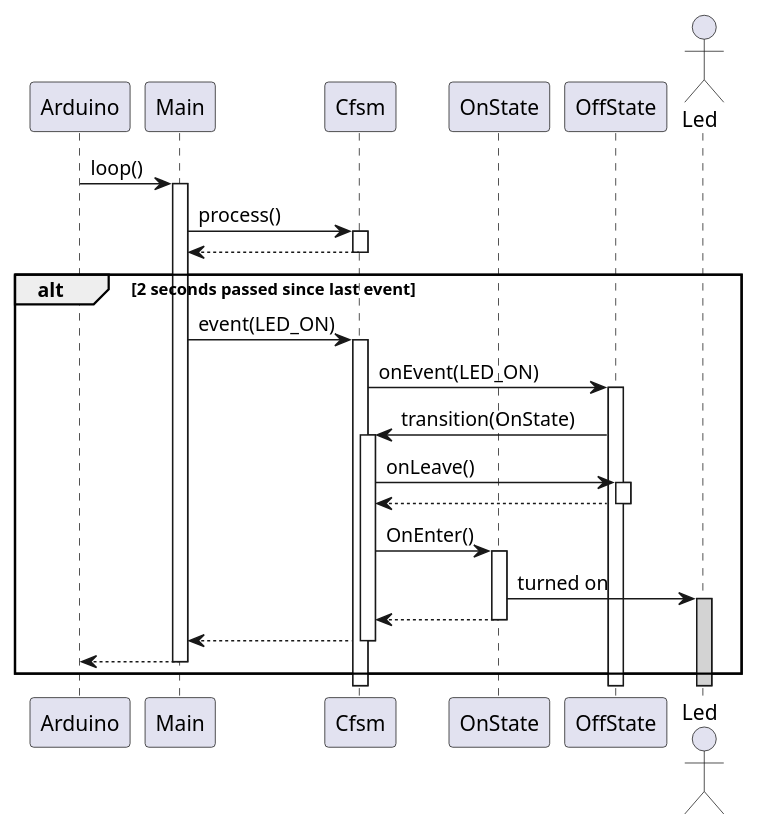
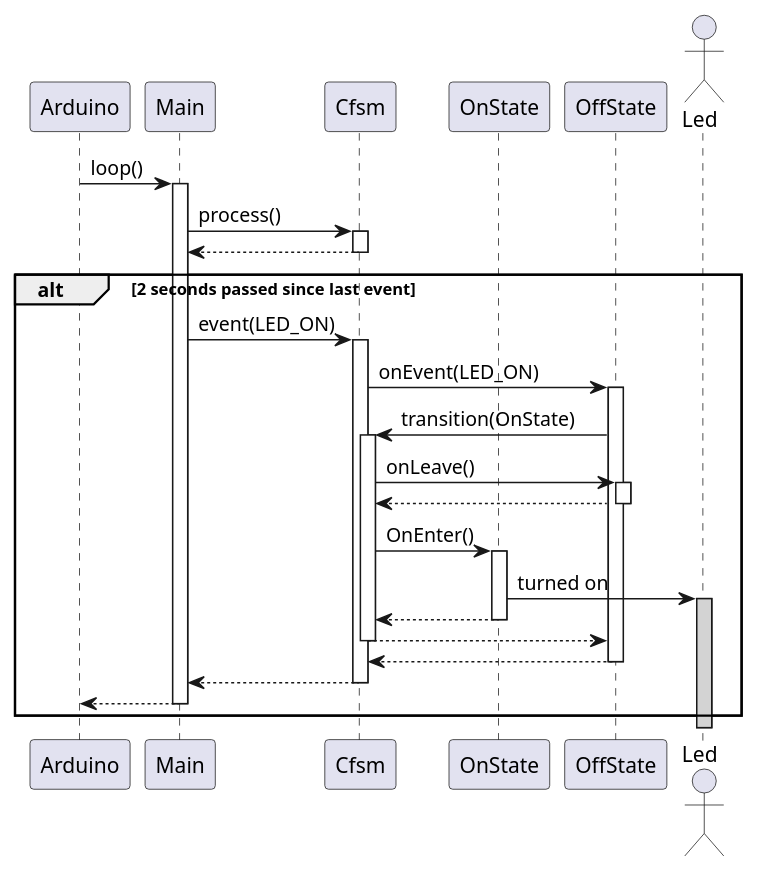
The diagram in examples/UnoBlink/doc/BlinkOffToOn.puml (nhjschulz/cfsm), drawn with PlantUML before and after one commit. The commit also changed 8 other files, not shown here.

```diff
--- a/examples/UnoBlink/doc/BlinkOffToOn.puml
+++ b/examples/UnoBlink/doc/BlinkOffToOn.puml
@@ -1,33 +1,35 @@
 @startuml CFSM stateAlias1 --> stateAlias2 : messageOrCond2 <<stereotype1>>
 autoactivate on
 
 participant Arduino
 participant Main
 participant Cfsm
 participant OnState
 participant OffState
 Actor Led
 
 participant Arduino
 participant Main
 participant Cfsm
 participant OnState
 participant OffState
 Actor Led
 
 Arduino -> Main : loop()
 Main -> Cfsm : process()
 Main <-- Cfsm
 alt 2 seconds passed since last event
 Main -> Cfsm : event(LED_ON)
 Cfsm -> OffState : onEvent(LED_ON)
 Cfsm <- OffState : transition(OnState)
 Cfsm -> OffState : onLeave()
 Cfsm <-- OffState
 Cfsm -> OnState: OnEnter()
 OnState -> Led #LightGray: turned on
 Cfsm <-- OnState
+Cfsm --> OffState
+Cfsm <-- OffState
 Main <-- Cfsm
 Arduino <-- Main
 end
 @enduml
```
